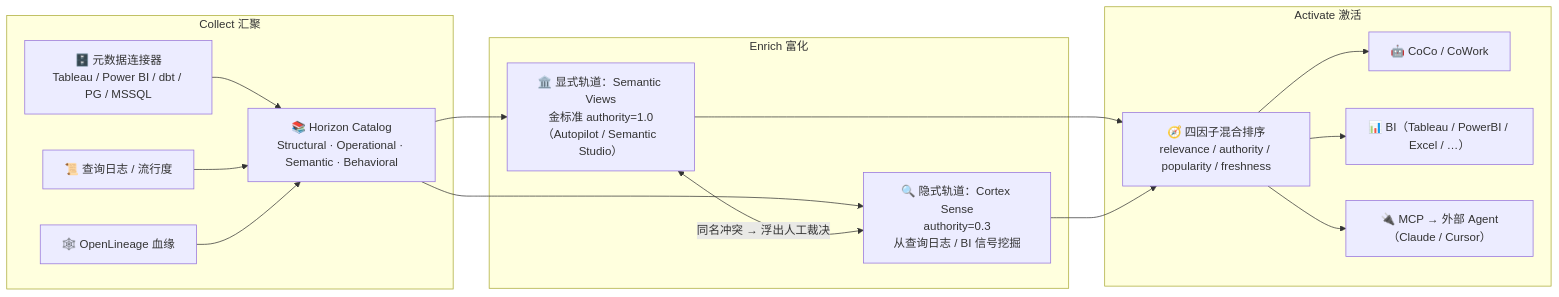
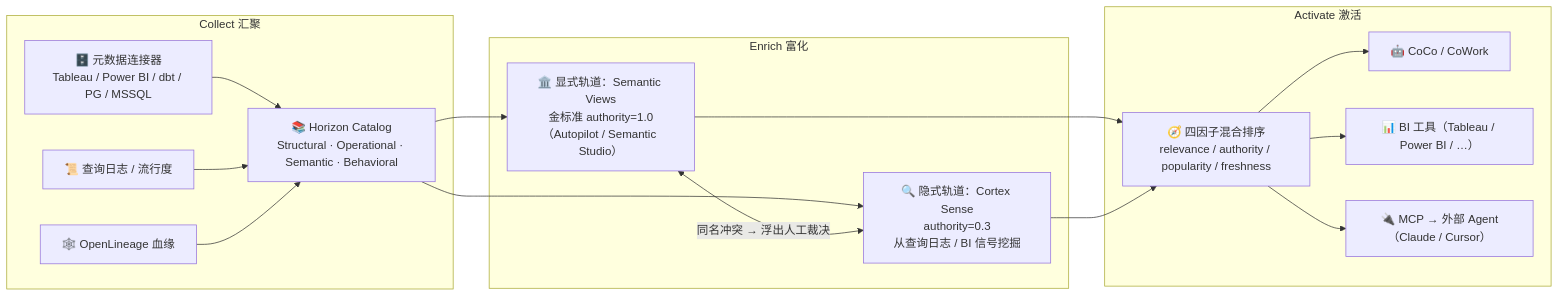
One commit to ThreeFish-AI/negentropy changed the diagram in docs/assets/mermaid/cognitive-context/horizon-context--collect-enrich-activate.mmd. Above: the diagram before and after it, drawn with Mermaid. The commit also changed 35 other files, not shown here.

```diff
--- a/docs/assets/mermaid/cognitive-context/horizon-context--collect-enrich-activate.mmd
+++ b/docs/assets/mermaid/cognitive-context/horizon-context--collect-enrich-activate.mmd
@@ -1,23 +1,24 @@
-%%source: docs/research/cognitive-context/011-horizon-context.md#blockM1 (L143-L202, §3 M1 · 五段式 Context 对象模型)
+%%source: docs/research/cognitive-context/011-horizon-context.md#blockM1 (L181-L221, §3 M1 · 五段式 Context 对象模型)
 %%slug: cognitive-context/horizon-context--collect-enrich-activate
 %%type: dataflow
 %%derived: archify dataflow v1, authored from source mermaid
+%% fix: (2026-09-15 校准) ① A2 节点去无出处词「Excel」（正文与 git 历史零命中）并规范「Power BI」写法；② 显式轨道 authority=1.0 / 隐式轨道 authority=0.3 数值出处为 horizon_context_lab.py L43/L437（正文无数值字面）；③ %%source 行号更新为 L181-L221
 flowchart LR
     subgraph "Collect 汇聚"
         S1["🗄️ 元数据连接器<br/>Tableau / Power BI / dbt / PG / MSSQL"] --> C
         S2["📜 查询日志 / 流行度"] --> C
         S3["🕸️ OpenLineage 血缘"] --> C
         C["📚 Horizon Catalog<br/>Structural · Operational · Semantic · Behavioral"]
     end
     subgraph "Enrich 富化"
         C --> G["🏛️ 显式轨道：Semantic Views<br/>金标准 authority=1.0<br/>（Autopilot / Semantic Studio）"]
         C --> I["🔍 隐式轨道：Cortex Sense<br/>authority=0.3<br/>从查询日志 / BI 信号挖掘"]
         G <-->|"同名冲突 → 浮出人工裁决"| I
     end
     subgraph "Activate 激活"
         G --> R["🧭 四因子混合排序<br/>relevance / authority / popularity / freshness"]
         I --> R
         R --> A1["🤖 CoCo / CoWork"]
-        R --> A2["📊 BI（Tableau / PowerBI / Excel / …）"]
+        R --> A2["📊 BI 工具（Tableau / Power BI / …）"]
         R --> A3["🔌 MCP → 外部 Agent（Claude / Cursor）"]
     end
```
